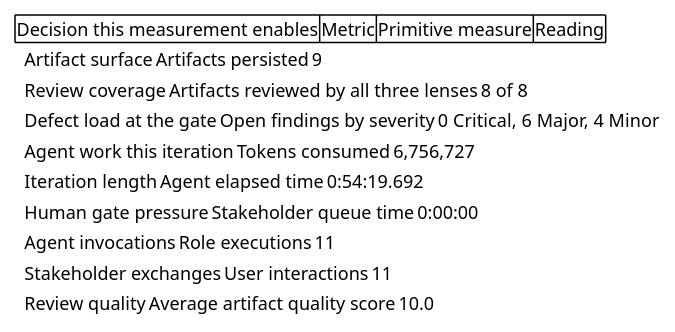
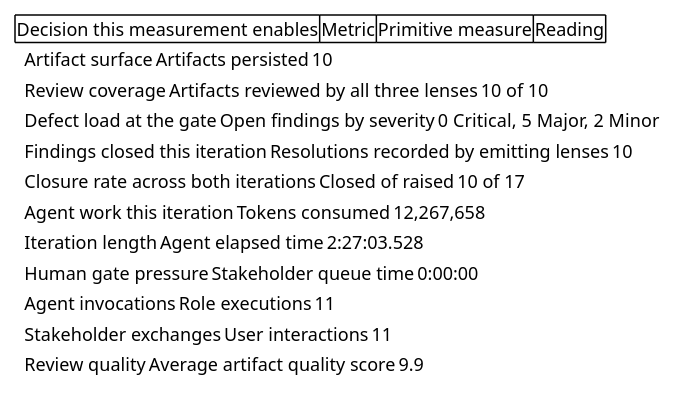
Before and after one commit to banense-test/portal: the third of 5 diagrams in docs/artifacts/project-management/iteration-assessment.md, drawn with PlantUML. The commit also changed other lines of this file, not shown here.

First line of the commit message:
Project Manager [I2]: upsert Iteration Assessment

````diff
--- a/docs/artifacts/project-management/iteration-assessment.md
+++ b/docs/artifacts/project-management/iteration-assessment.md
@@ -128,16 +125,18 @@
 ```plantuml
 @startsalt
 {
   {# Decision this measurement enables | Metric | Primitive measure | Reading }
-  { . | Artifact surface | Artifacts persisted | 9 }
-  { . | Review coverage | Artifacts reviewed by all three lenses | 8 of 8 }
-  { . | Defect load at the gate | Open findings by severity | 0 Critical, 6 Major, 4 Minor }
-  { . | Agent work this iteration | Tokens consumed | 6,756,727 }
-  { . | Iteration length | Agent elapsed time | 0:54:19.692 }
+  { . | Artifact surface | Artifacts persisted | 10 }
+  { . | Review coverage | Artifacts reviewed by all three lenses | 10 of 10 }
+  { . | Defect load at the gate | Open findings by severity | 0 Critical, 5 Major, 2 Minor }
+  { . | Findings closed this iteration | Resolutions recorded by emitting lenses | 10 }
+  { . | Closure rate across both iterations | Closed of raised | 10 of 17 }
+  { . | Agent work this iteration | Tokens consumed | 12,267,658 }
+  { . | Iteration length | Agent elapsed time | 2:27:03.528 }
   { . | Human gate pressure | Stakeholder queue time | 0:00:00 }
   { . | Agent invocations | Role executions | 11 }
   { . | Stakeholder exchanges | User interactions | 11 }
-  { . | Review quality | Average artifact quality score | 10.0 }
+  { . | Review quality | Average artifact quality score | 9.9 }
 }
 @endsalt
 ```
````
